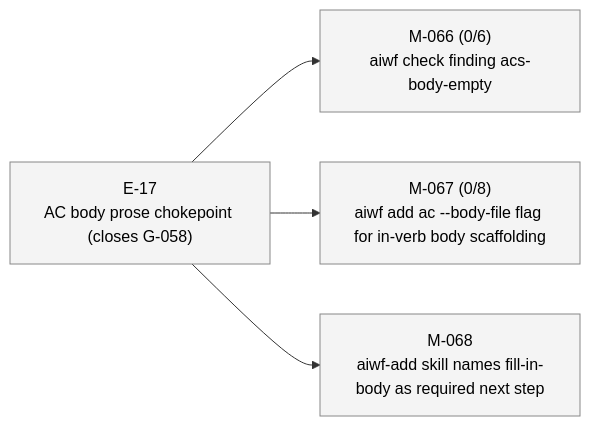
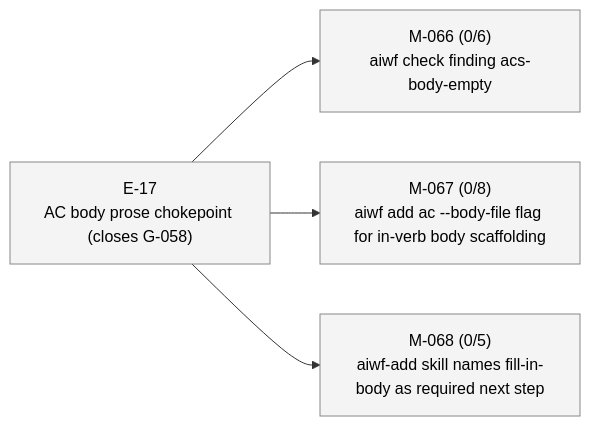
The third of 3 diagrams in STATUS.md (23min/aiwf), drawn with Mermaid before and after one commit. The commit also changed other lines of this file and 1 other file, not shown here.

First line of the commit message:
aiwf add ac M-068 AC-1..AC-5 (5 criteria)

````diff
--- a/STATUS.md
+++ b/STATUS.md
@@ -60,16 +60,16 @@
 ```mermaid
 flowchart LR
   E_17["E-17<br/>AC body prose chokepoint (closes G-058)"]:::epic_proposed
   M_066["M-066 (0/6)<br/>aiwf check finding acs-body-empty"]:::ms_draft
   E_17 --> M_066
   M_067["M-067 (0/8)<br/>aiwf add ac --body-file flag for in-verb body scaffolding"]:::ms_draft
   E_17 --> M_067
-  M_068["M-068<br/>aiwf-add skill names fill-in-body as required next step"]:::ms_draft
+  M_068["M-068 (0/5)<br/>aiwf-add skill names fill-in-body as required next step"]:::ms_draft
   E_17 --> M_068
   classDef epic_active fill:#d6eaff,stroke:#1a73e8,color:#000
   classDef epic_proposed fill:#f4f4f4,stroke:#888,color:#000
   classDef ms_done fill:#d8f5d8,stroke:#2a8a2a,color:#000
   classDef ms_in_progress fill:#fff3c4,stroke:#caa400,color:#000
   classDef ms_draft fill:#f4f4f4,stroke:#888,color:#000
   classDef ms_cancelled fill:#fbeaea,stroke:#c33,color:#000
 ```
````
